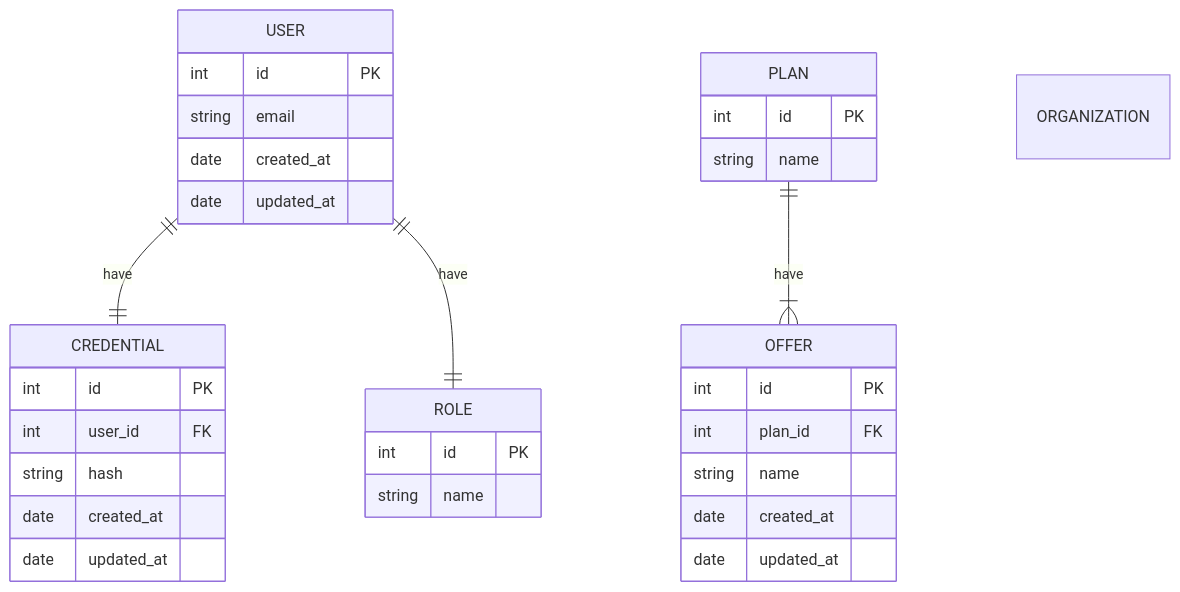
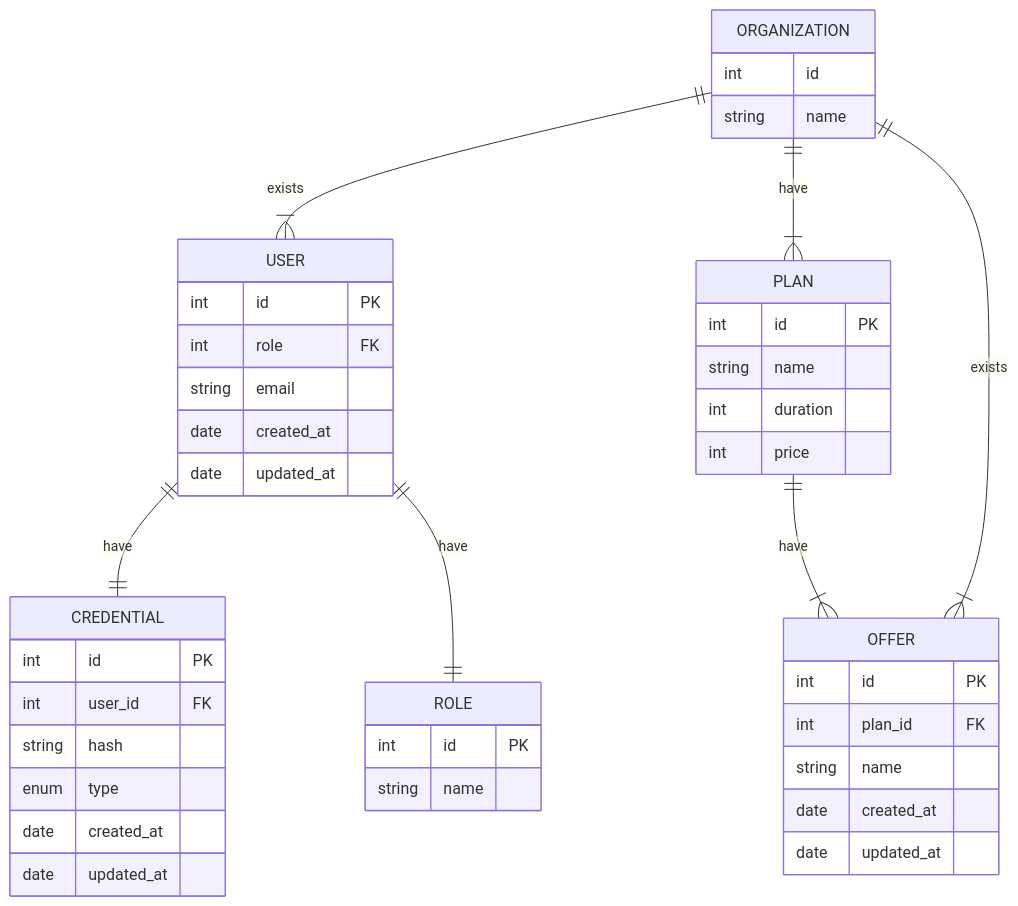
One commit to w3villa-sahil-verma/mini-project changed the diagram in doc/diagrams/ER.mmd. Above: the diagram before and after it, drawn with Mermaid. The commit also changed 8 other files, not shown here.

Commit message:
- setup frontend routing - add oauth diagram - add er diagram

```diff
--- a/doc/diagrams/ER.mmd
+++ b/doc/diagrams/ER.mmd
@@ -1,79 +1,91 @@
 erDiagram
 
 %% Entities
 
 USER{
     int id PK
 
+    int role FK
     string email
 
     date created_at
     date updated_at
 }
 
 CREDENTIAL{
     int id PK
 
     int user_id FK
 
     string hash
+    enum type
 
     date created_at
     date updated_at
 }
 
 %% Example - Weight Room, Steam Bathroom, Basic Bathroom
 OFFER{
     int id PK
     int plan_id FK
 
     string name
 
     date created_at
     date updated_at
 }
 
 %% Example : GOLD, SILVER, BASIC
 PLAN{
     int id PK
 
     string name
+    int duration
+    int price
 }
 
 %% Example : SUPER_ADMIN, MEMBER, ADMIN
 ROLE{
     int id PK
 
     string name
 }
 
 %% This is a single entity for which Application create
 %% ORG + SUPER_ADMIN : create simultaniously
 %% SUPER_ADMIN + ADMIN : have power to send links to register MEMBERS + other ADMINS
-ORGANIZATION{}
+ORGANIZATION{
+    int id
+
+    string name
+
+}
 
 
 
 
 
 
 
 
 
 
 
 
 
 
 
 
 
 
 
 
 
 %% Relationship
 
 USER ||--|| CREDENTIAL : have
 USER ||--|| ROLE : have
 PLAN ||--|{ OFFER : have
+ORGANIZATION ||--|{ USER : exists
+ORGANIZATION ||--|{ PLAN : have
+ORGANIZATION ||--|{ OFFER : exists
```
